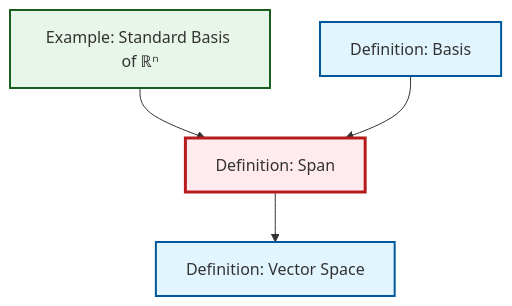
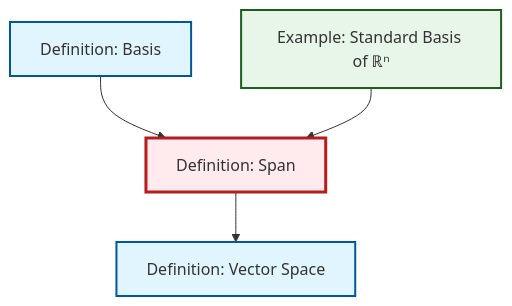
The diagram in content/en/algebra/def-span.qmd (RK0429/ModernMath), drawn with Mermaid before and after one commit. The commit also changed 511 other files, not shown here.

````diff
--- a/content/en/algebra/def-span.qmd
+++ b/content/en/algebra/def-span.qmd
@@ -47,21 +47,17 @@
 ```{mermaid}
 %%| fig-cap: "Local dependency graph"
 graph TD
     classDef definition fill:#e1f5fe,stroke:#01579b,stroke-width:2px
     classDef theorem fill:#f3e5f5,stroke:#4a148c,stroke-width:2px
     classDef axiom fill:#fff3e0,stroke:#e65100,stroke-width:2px
     classDef example fill:#e8f5e9,stroke:#1b5e20,stroke-width:2px
     classDef current fill:#ffebee,stroke:#b71c1c,stroke-width:3px
+    def-basis["Definition: Basis"]:::definition
+    def-vector-space["Definition: Vector Space"]:::definition
     def-span["Definition: Span"]:::definition
     ex-standard-basis-rn["Example: Standard Basis of ℝⁿ"]:::example
-    def-vector-space["Definition: Vector Space"]:::definition
-    def-basis["Definition: Basis"]:::definition
     def-span --> def-vector-space
+    def-basis --> def-span
     ex-standard-basis-rn --> def-span
-    def-basis --> def-span
     class def-span current
-
-    click ex-standard-basis-rn "ex-standard-basis-rn.html" "Go to Standard Basis of ℝⁿ example"
-    click def-vector-space "def-vector-space.html" "Go to Vector Space definition"
-    click def-basis "def-basis.html" "Go to Basis definition"
 ```
````
